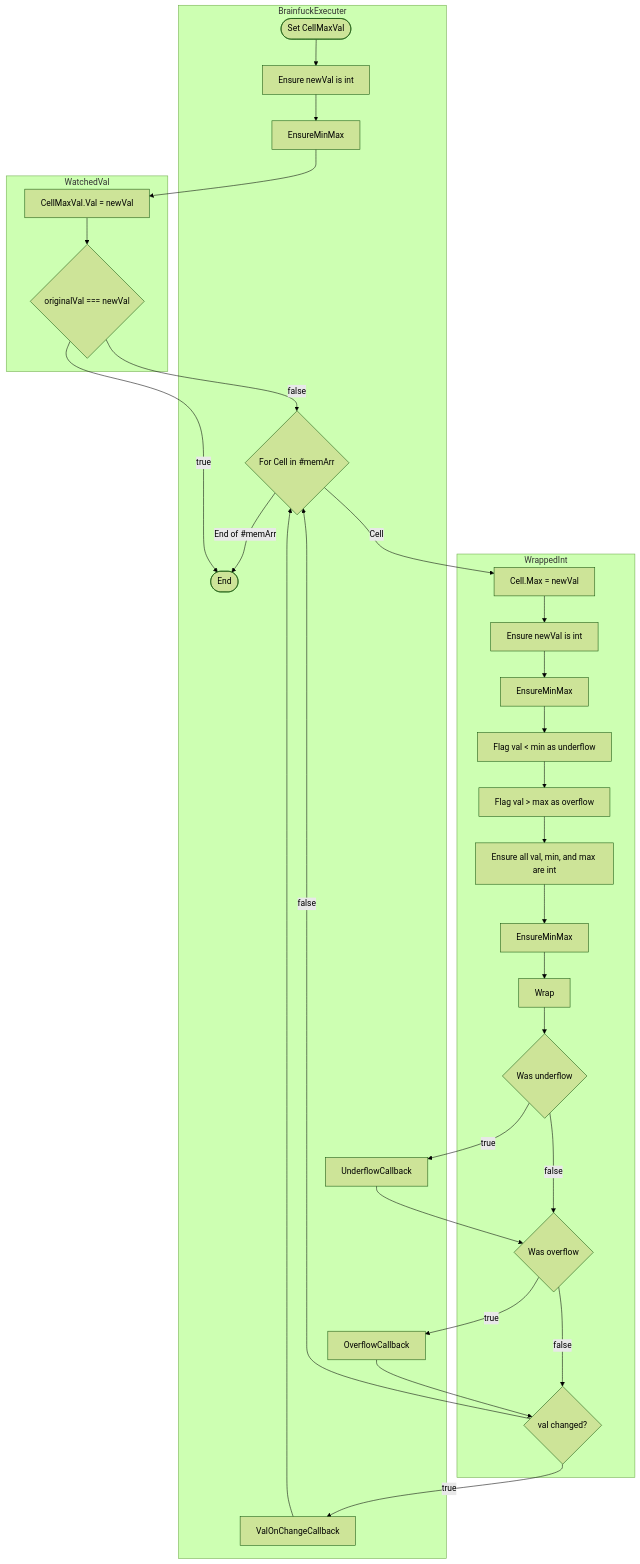
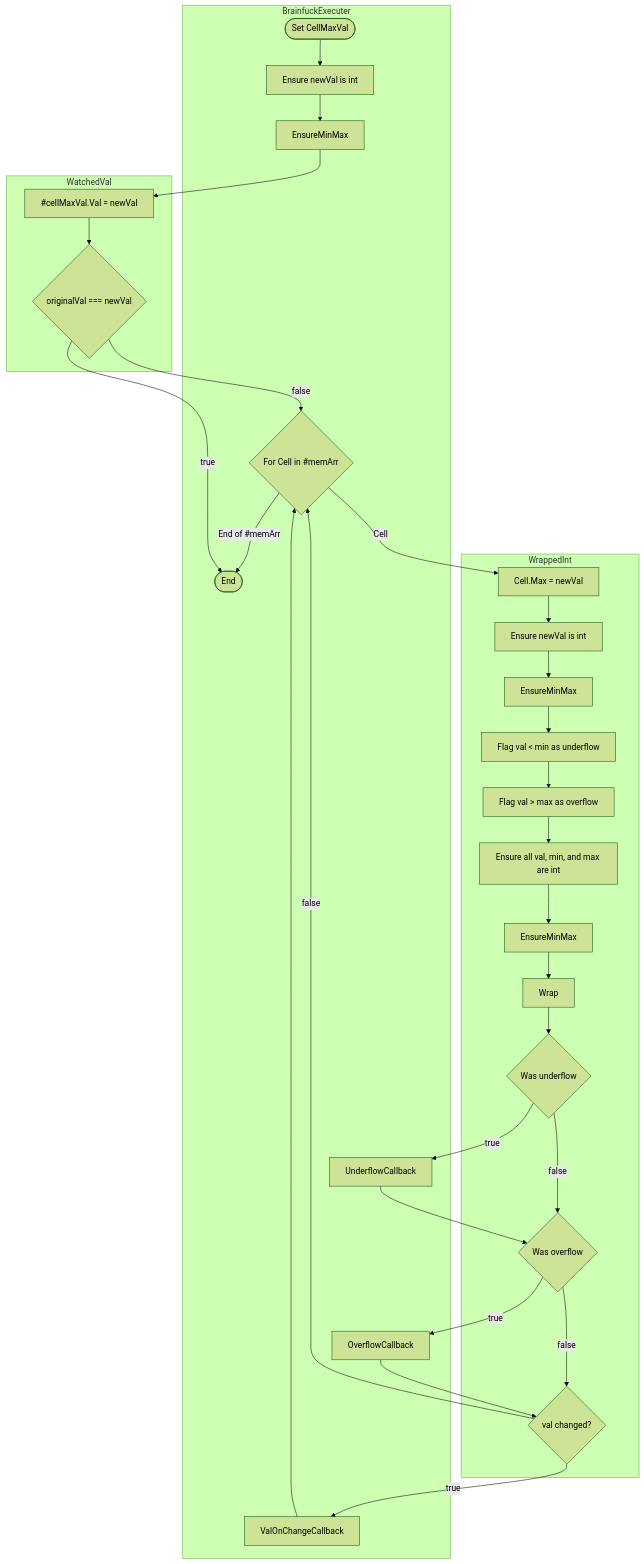
Before and after one commit to BCS21090011/BrainFucker: the sixth of 25 diagrams in src/Classes_Info/BrainfuckExecuter.md, drawn with Mermaid (forest theme). The commit also changed other lines of this file, not shown here.

Commit message:
Redo Set BFCode chart.

````diff
--- a/src/Classes_Info/BrainfuckExecuter.md
+++ b/src/Classes_Info/BrainfuckExecuter.md
@@ -271,7 +282,7 @@
     ```mermaid
     flowchart
         subgraph WatchedVal
-            SetCellMaxVal[CellMaxVal.Val = newVal]
+            SetCellMaxVal[#cellMaxVal.Val = newVal]
             WatchedValCheckSameVal{originalVal === newVal}
         end
 
````
